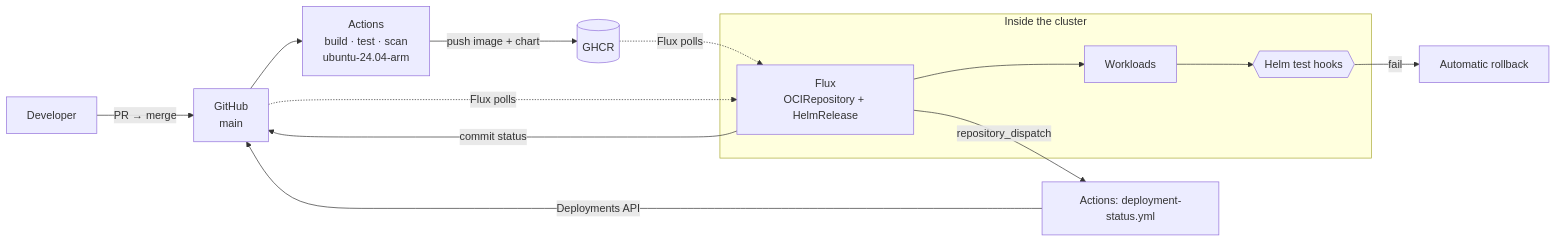
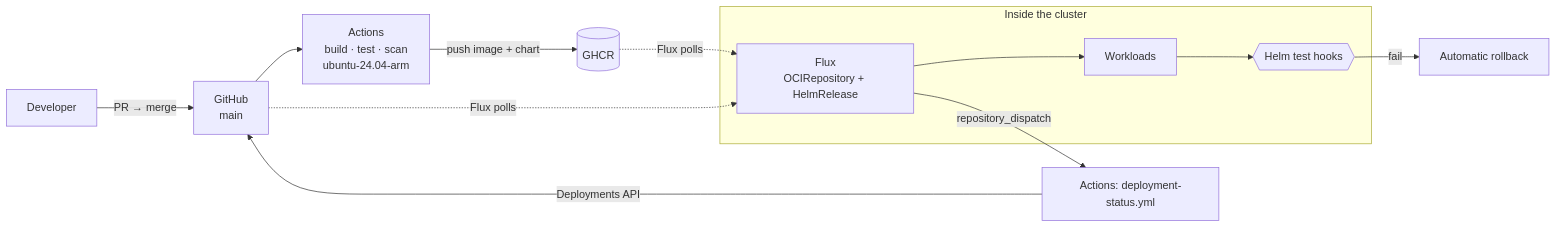
Before and after one commit to enorm-labs/event-junkie: the third of 3 diagrams in docs/ops/PLATFORM_SETUP.md, drawn with Mermaid. The commit also changed other lines of this file and 7 other files, not shown here.

First line of the commit message:
fix(deploy): delete the commit-status provider, which this setup cannot make work

````diff
--- a/docs/ops/PLATFORM_SETUP.md
+++ b/docs/ops/PLATFORM_SETUP.md
@@ -308,21 +308,20 @@
 ```mermaid
 flowchart LR
     dev["Developer"] -->|"PR → merge"| gh["GitHub<br/>main"]
     gh --> ci["Actions<br/>build · test · scan<br/>ubuntu-24.04-arm"]
     ci -->|"push image + chart"| ghcr[("GHCR")]
 
     subgraph cluster["Inside the cluster"]
         flux["Flux<br/>OCIRepository + HelmRelease"]
         rel["Workloads"]
         test{{"Helm test hooks"}}
     end
 
     ghcr -.->|"Flux polls"| flux
     gh -.->|"Flux polls"| flux
     flux --> rel
     rel --> test
     test -->|"fail"| rb["Automatic rollback"]
-    flux -->|"commit status"| gh
     flux -->|"repository_dispatch"| gha["Actions: deployment-status.yml"]
     gha -->|"Deployments API"| gh
 ```
````
